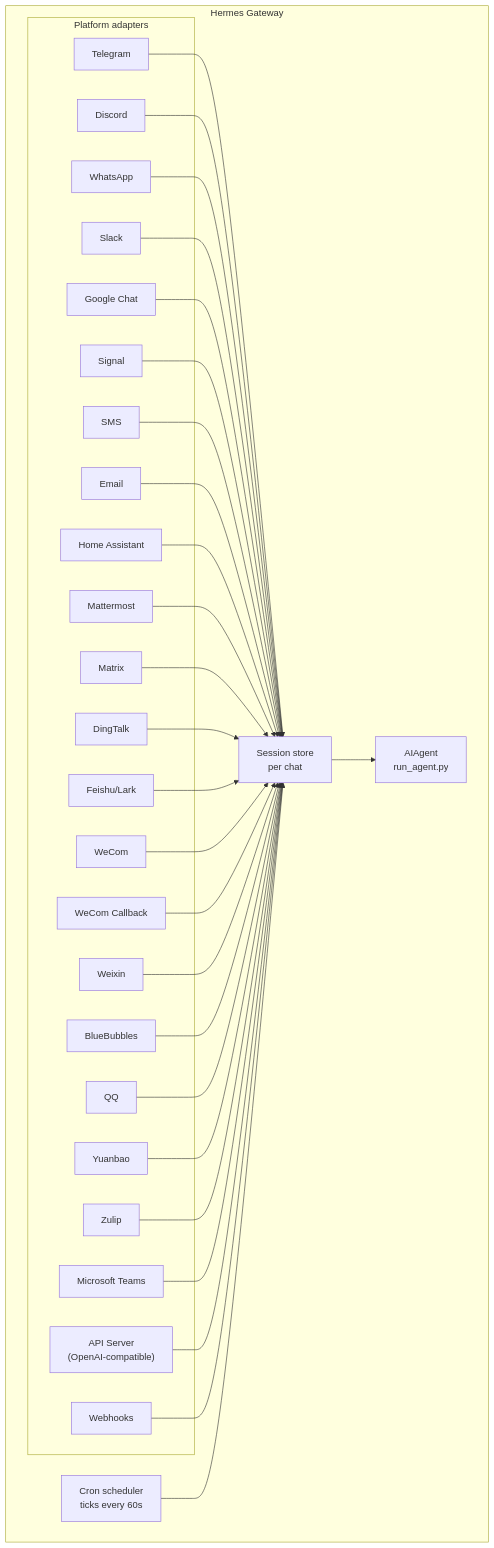
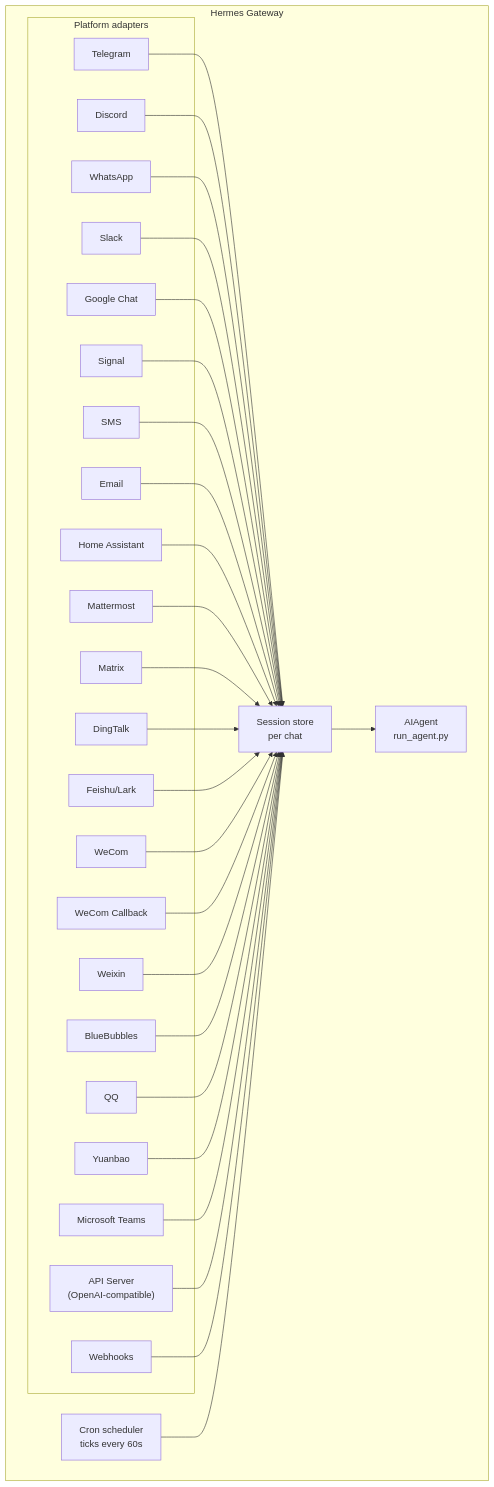
The diagram in website/docs/user-guide/messaging/index.md (wcass77/hermes-agent), drawn with Mermaid before and after one commit. The commit also changed other lines of this file and 33 other files, not shown here.

````diff
--- a/website/docs/user-guide/messaging/index.md
+++ b/website/docs/user-guide/messaging/index.md
@@ -51,60 +50,58 @@
 ```mermaid
 flowchart TB
     subgraph Gateway["Hermes Gateway"]
         subgraph Adapters["Platform adapters"]
             tg[Telegram]
             dc[Discord]
             wa[WhatsApp]
             sl[Slack]
             gc[Google Chat]
             sig[Signal]
             sms[SMS]
             em[Email]
             ha[Home Assistant]
             mm[Mattermost]
             mx[Matrix]
             dt[DingTalk]
     fs[Feishu/Lark]
     wc[WeCom]
     wcb[WeCom Callback]
     wx[Weixin]
     bb[BlueBubbles]
     qq[QQ]
     yb[Yuanbao]
-    zl[Zulip]
     ms[Microsoft Teams]
     api["API Server<br/>(OpenAI-compatible)"]
     wh[Webhooks]
         end
 
         store["Session store<br/>per chat"]
         agent["AIAgent<br/>run_agent.py"]
         cron["Cron scheduler<br/>ticks every 60s"]
     end
 
     tg --> store
     dc --> store
     wa --> store
     sl --> store
     gc --> store
     sig --> store
     sms --> store
     em --> store
     ha --> store
     mm --> store
     mx --> store
     dt --> store
     fs --> store
     wc --> store
     wcb --> store
     wx --> store
     bb --> store
     qq --> store
     yb --> store
-    zl --> store
     ms --> store
     api --> store
     wh --> store
     store --> agent
     cron --> store
 ```
````
